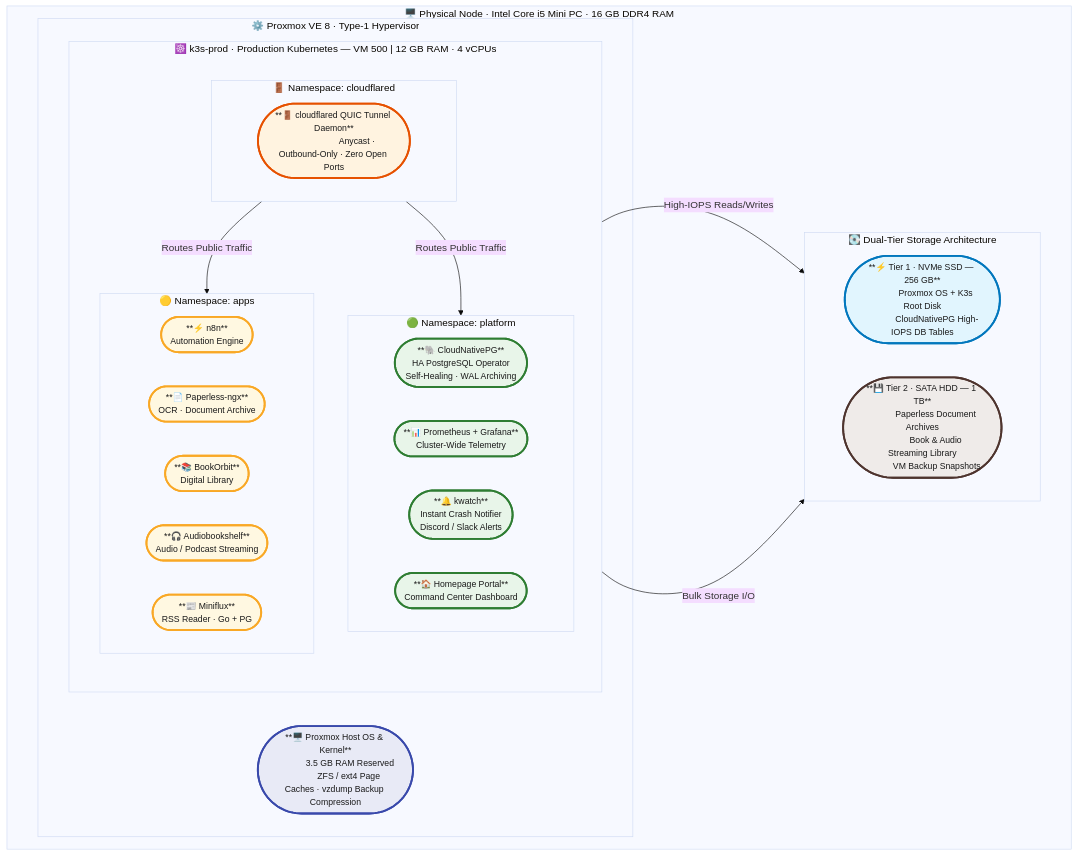
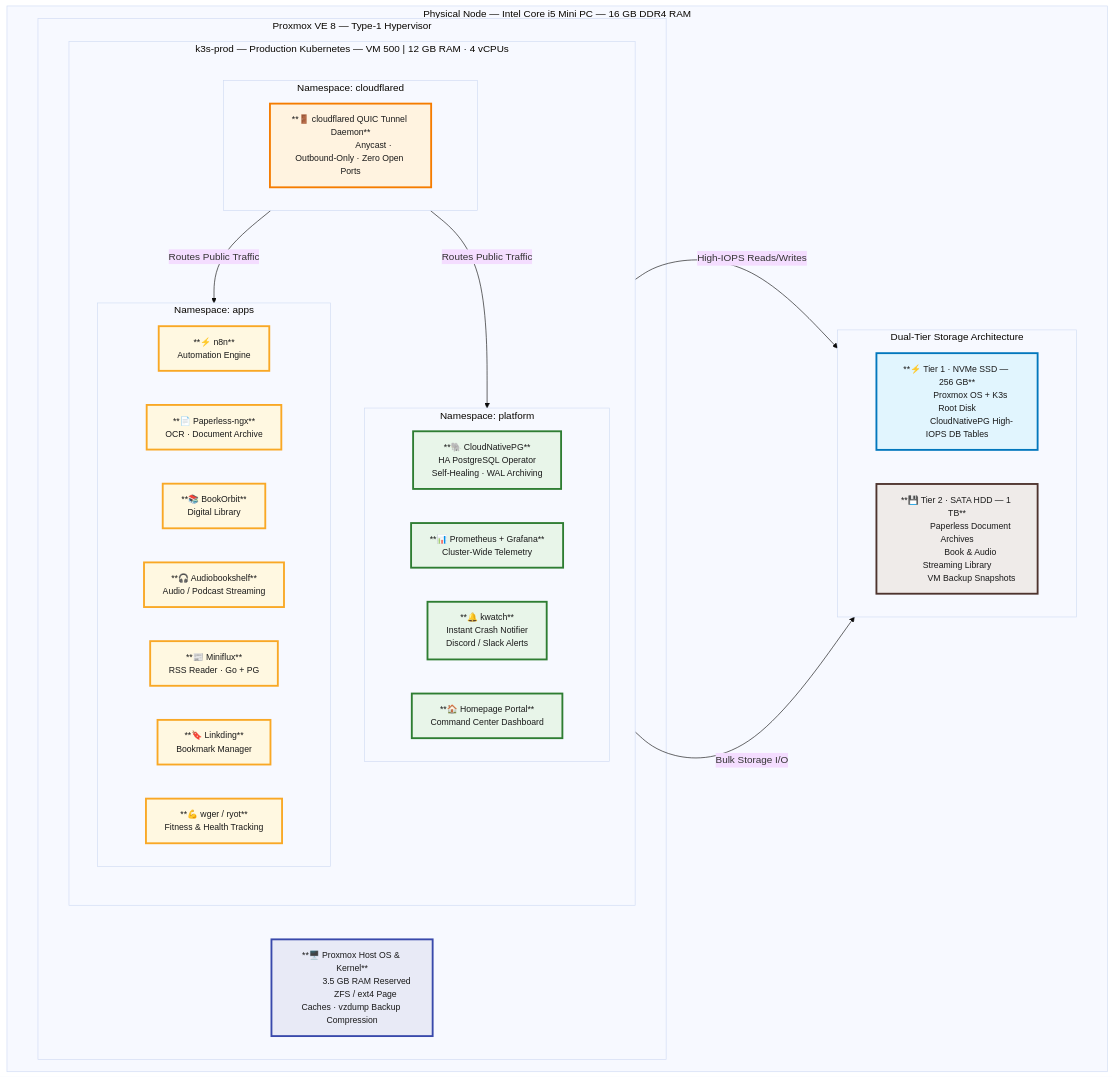
One commit to vsingh55/homelab-ops changed the second of 4 diagrams in README.md. Above: the diagram before and after it, drawn with Mermaid. The commit also changed other lines of this file, not shown here.

Commit message:
updated README flowcharts

````diff
--- a/README.md
+++ b/README.md
@@ -114,73 +119,82 @@
 %%{init: {'theme': 'base', 'themeVariables': {'fontSize': '16px', 'fontFamily': 'Inter, Segoe UI, sans-serif'}, 'flowchart': {'curve': 'basis', 'nodeSpacing': 55, 'rankSpacing': 75}}}%%
 flowchart TD
 
-    %% ── STYLE DEFINITIONS ─────────────────────────────────────────
-    classDef hostStyle    fill:#E8EAF6,stroke:#3949AB,stroke-width:3px,color:#1A1A1A,font-size:14px;
-    classDef pvmStyle     fill:#F3E5F5,stroke:#6A1B9A,stroke-width:3px,color:#1A1A1A,font-size:14px;
+    %% ── GLOBAL COLOUR SYSTEM (mirrors Diagram 1) ─────────────────
+    %% host / hypervisor  → indigo-blue
+    %% ingress / edge     → amber-orange
+    %% platform namespace → green
+    %% apps namespace     → amber-yellow
+    %% NVMe storage       → light-blue
+    %% HDD storage        → brown-grey
+    classDef hostStyle     fill:#E8EAF6,stroke:#3949AB,stroke-width:3px,color:#1A1A1A,font-size:14px;
+    classDef ingressStyle  fill:#FFF3E0,stroke:#F57C00,stroke-width:3px,color:#1A1A1A,font-size:14px;
     classDef platformStyle fill:#E8F5E9,stroke:#2E7D32,stroke-width:3px,color:#1A1A1A,font-size:14px;
-    classDef appsStyle    fill:#FFF8E1,stroke:#F9A825,stroke-width:3px,color:#1A1A1A,font-size:14px;
-    classDef ingressStyle fill:#FFF3E0,stroke:#E65100,stroke-width:3px,color:#1A1A1A,font-size:14px;
-    classDef nvmeStyle    fill:#E1F5FE,stroke:#0277BD,stroke-width:3px,color:#1A1A1A,font-size:14px;
-    classDef hddStyle     fill:#EFEBE9,stroke:#4E342E,stroke-width:3px,color:#1A1A1A,font-size:14px;
+    classDef appsStyle     fill:#FFF8E1,stroke:#F9A825,stroke-width:3px,color:#1A1A1A,font-size:14px;
+    classDef nvmeStyle     fill:#E1F5FE,stroke:#0277BD,stroke-width:3px,color:#1A1A1A,font-size:14px;
+    classDef hddStyle      fill:#EFEBE9,stroke:#4E342E,stroke-width:3px,color:#1A1A1A,font-size:14px;
 
     %% ── PHYSICAL HOST ─────────────────────────────────────────────
-    subgraph BareMetal["🖥️  Physical Node · Intel Core i5 Mini PC · 16 GB DDR4 RAM"]
+    subgraph BareMetal["Physical Node — Intel Core i5 Mini PC — 16 GB DDR4 RAM"]
 
-        subgraph Hypervisor["⚙️  Proxmox VE 8 · Type-1 Hypervisor"]
+        subgraph Hypervisor["Proxmox VE 8 — Type-1 Hypervisor"]
 
-            HostReserved(["**🖥️ Proxmox Host OS & Kernel**
+            HostReserved["**🖥️ Proxmox Host OS & Kernel**
             3.5 GB RAM Reserved
-            ZFS / ext4 Page Caches · vzdump Backup Compression"])
+            ZFS / ext4 Page Caches · vzdump Backup Compression"]
 
-            subgraph VM500["☸️  k3s-prod · Production Kubernetes — VM 500  |  12 GB RAM · 4 vCPUs"]
+            subgraph VM500["k3s-prod — Production Kubernetes — VM 500 | 12 GB RAM · 4 vCPUs"]
 
-                subgraph NS_Ingress["🚪  Namespace: cloudflared"]
+                subgraph NS_Ingress["Namespace: cloudflared"]
                     direction LR
-                    CF_Pod(["**🚪 cloudflared QUIC Tunnel Daemon**
-                    Anycast · Outbound-Only · Zero Open Ports"])
+                    CF_Pod["**🚪 cloudflared QUIC Tunnel Daemon**
+                    Anycast · Outbound-Only · Zero Open Ports"]
                 end
 
-                subgraph NS_Platform["🟢  Namespace: platform"]
+                subgraph NS_Platform["Namespace: platform"]
                     direction LR
-                    CNPG(["**🐘 CloudNativePG**
+                    CNPG["**🐘 CloudNativePG**
                     HA PostgreSQL Operator
-                    Self-Healing · WAL Archiving"])
-                    Telemetry(["**📊 Prometheus + Grafana**
-                    Cluster-Wide Telemetry"])
-                    Watch(["**🔔 kwatch**
+                    Self-Healing · WAL Archiving"]
+                    Telemetry["**📊 Prometheus + Grafana**
+                    Cluster-Wide Telemetry"]
+                    Watch["**🔔 kwatch**
                     Instant Crash Notifier
-                    Discord / Slack Alerts"])
-                    Dashboard(["**🏠 Homepage Portal**
-                    Command Center Dashboard"])
+                    Discord / Slack Alerts"]
+                    Dashboard["**🏠 Homepage Portal**
+                    Command Center Dashboard"]
                 end
 
-                subgraph NS_Apps["🟡  Namespace: apps"]
+                subgraph NS_Apps["Namespace: apps"]
                     direction LR
-                    n8n(["**⚡ n8n**
-                    Automation Engine"])
-                    Paperless(["**📄 Paperless-ngx**
-                    OCR · Document Archive"])
-                    BookOrbit(["**📚 BookOrbit**
-                    Digital Library"])
-                    Audio(["**🎧 Audiobookshelf**
-                    Audio / Podcast Streaming"])
-                    RSS(["**📰 Miniflux**
-                    RSS Reader · Go + PG"])
+                    n8n["**⚡ n8n**
+                    Automation Engine"]
+                    Paperless["**📄 Paperless-ngx**
+                    OCR · Document Archive"]
+                    BookOrbit["**📚 BookOrbit**
+                    Digital Library"]
+                    Audio["**🎧 Audiobookshelf**
+                    Audio / Podcast Streaming"]
+                    RSS["**📰 Miniflux**
+                    RSS Reader · Go + PG"]
+                    Linkding["**🔖 Linkding**
+                    Bookmark Manager"]
+                    Wger["**💪 wger / ryot**
+                    Fitness & Health Tracking"]
                 end
 
             end
         end
 
         %% ── DUAL-TIER STORAGE ────────────────────────────────────
-        subgraph StorageLayer["💽  Dual-Tier Storage Architecture"]
+        subgraph StorageLayer["Dual-Tier Storage Architecture"]
             direction LR
-            NVMe(["**⚡ Tier 1 · NVMe SSD — 256 GB**
+            NVMe["**⚡ Tier 1 · NVMe SSD — 256 GB**
             Proxmox OS + K3s Root Disk
-            CloudNativePG High-IOPS DB Tables"])
-            HDD(["**💾 Tier 2 · SATA HDD — 1 TB**
+            CloudNativePG High-IOPS DB Tables"]
+            HDD["**💾 Tier 2 · SATA HDD — 1 TB**
             Paperless Document Archives
             Book & Audio Streaming Library
-            VM Backup Snapshots"])
+            VM Backup Snapshots"]
         end
 
     end
@@ -194,7 +208,7 @@
     class HostReserved hostStyle;
     class CF_Pod ingressStyle;
     class CNPG,Telemetry,Watch,Dashboard platformStyle;
-    class n8n,Paperless,BookOrbit,Audio,RSS appsStyle;
+    class n8n,Paperless,BookOrbit,Audio,RSS,Linkding,Wger appsStyle;
     class NVMe nvmeStyle;
     class HDD hddStyle;
 ```
````
